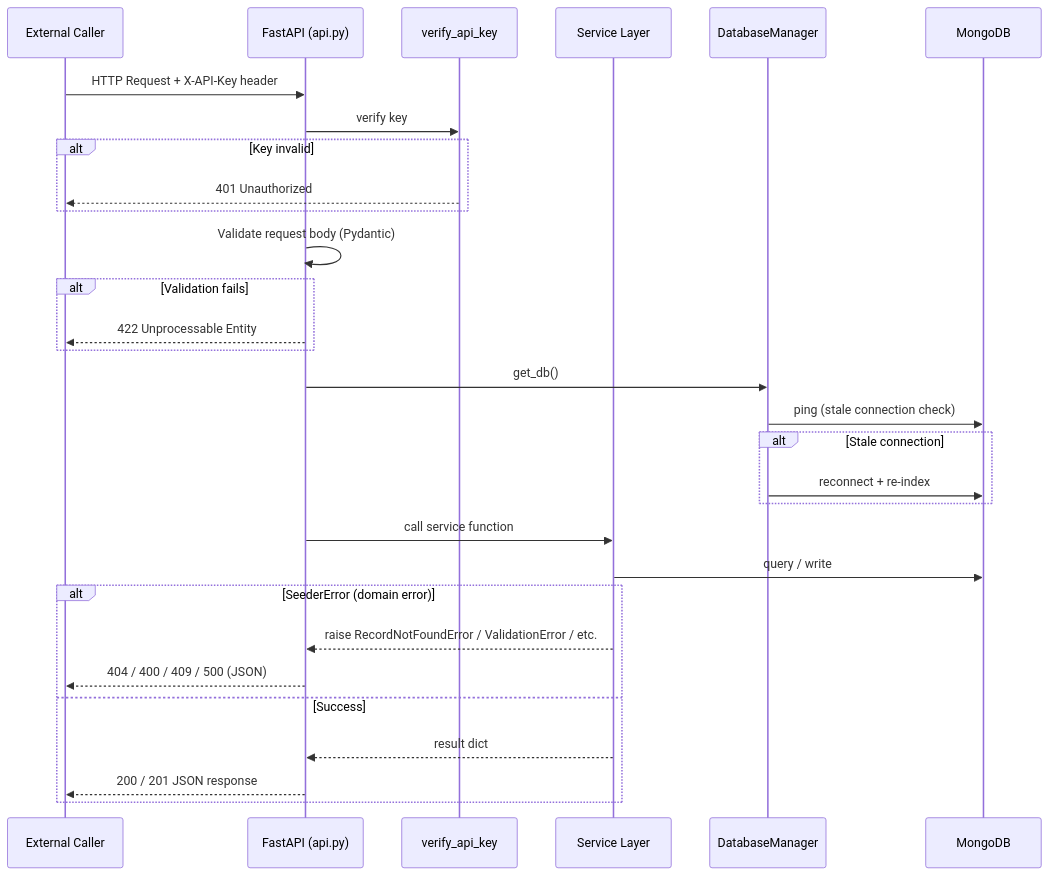
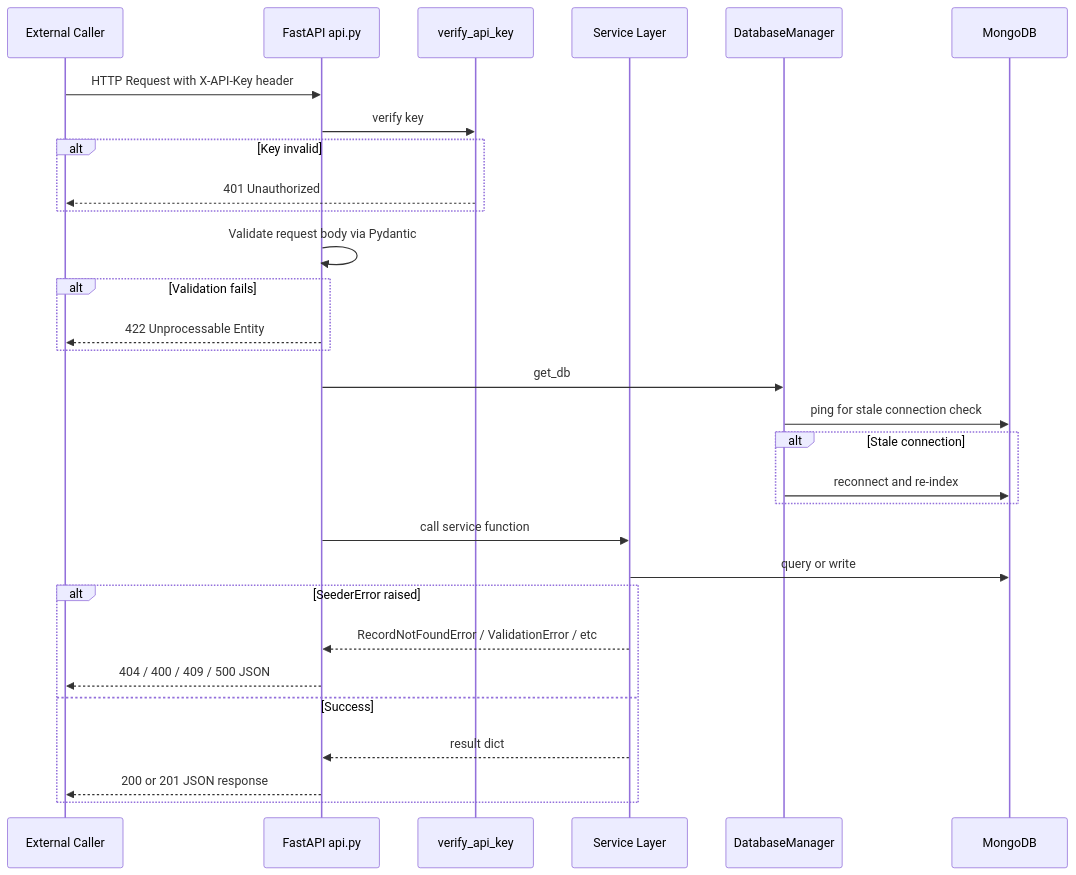
The sixth of 10 diagrams in DIAGRAMS.md (uktentu/mongo_file_manager), drawn with Mermaid before and after one commit. The commit also changed other lines of this file, not shown here.

First line of the commit message:
fix: remove all backslash-n from Mermaid node labels in DIAGRAMS.md

````diff
--- a/DIAGRAMS.md
+++ b/DIAGRAMS.md
@@ -226,38 +226,38 @@
 ```mermaid
 sequenceDiagram
     participant Client as External Caller
-    participant API as FastAPI (api.py)
+    participant API as FastAPI api.py
     participant AUTH as verify_api_key
     participant SVC as Service Layer
     participant DB as DatabaseManager
     participant MONGO as MongoDB
 
-    Client->>API: HTTP Request + X-API-Key header
+    Client->>API: HTTP Request with X-API-Key header
 
     API->>AUTH: verify key
     alt Key invalid
         AUTH-->>Client: 401 Unauthorized
     end
 
-    API->>API: Validate request body (Pydantic)
+    API->>API: Validate request body via Pydantic
     alt Validation fails
         API-->>Client: 422 Unprocessable Entity
     end
 
-    API->>DB: get_db()
-    DB->>MONGO: ping (stale connection check)
+    API->>DB: get_db
+    DB->>MONGO: ping for stale connection check
     alt Stale connection
-        DB->>MONGO: reconnect + re-index
+        DB->>MONGO: reconnect and re-index
     end
 
     API->>SVC: call service function
-    SVC->>MONGO: query / write
+    SVC->>MONGO: query or write
 
-    alt SeederError (domain error)
-        SVC-->>API: raise RecordNotFoundError / ValidationError / etc.
-        API-->>Client: 404 / 400 / 409 / 500 (JSON)
+    alt SeederError raised
+        SVC-->>API: RecordNotFoundError / ValidationError / etc
+        API-->>Client: 404 / 400 / 409 / 500 JSON
     else Success
         SVC-->>API: result dict
-        API-->>Client: 200 / 201 JSON response
+        API-->>Client: 200 or 201 JSON response
     end
 ```
````
